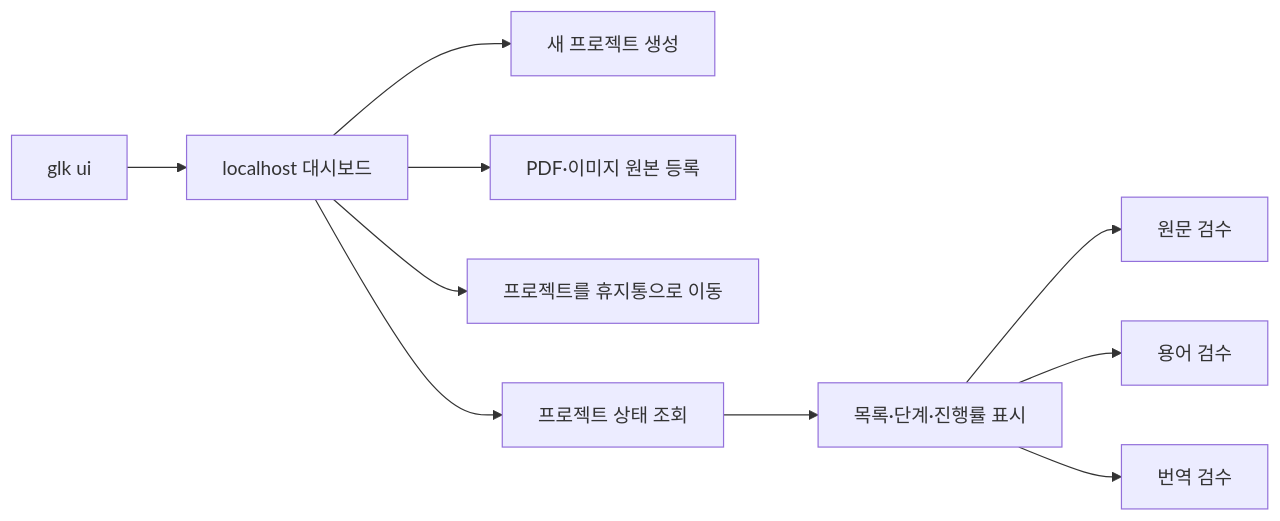
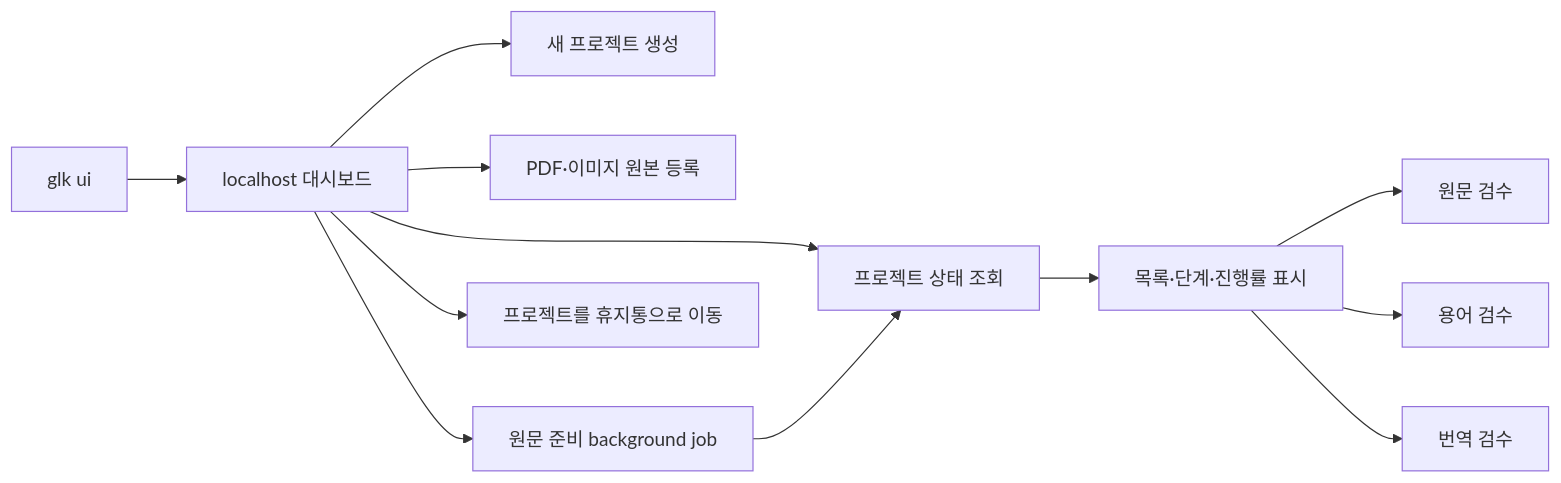
One commit to JJUN777/game-localization-kit changed the diagram in DASHBOARD_WORK_HISTORY.md. Above: the diagram before and after it, drawn with Mermaid. The commit also changed other lines of this file and 18 other files, not shown here.

````diff
--- a/DASHBOARD_WORK_HISTORY.md
+++ b/DASHBOARD_WORK_HISTORY.md
@@ -13,12 +13,14 @@
 ```mermaid
 flowchart LR
     CLI[glk ui] --> DASH[localhost 대시보드]
     DASH --> CREATE[새 프로젝트 생성]
     DASH --> REGISTER[PDF·이미지 원본 등록]
+    DASH --> JOB[원문 준비 background job]
     DASH --> DELETE[프로젝트를 휴지통으로 이동]
     DASH --> SNAPSHOT[프로젝트 상태 조회]
+    JOB --> SNAPSHOT
     SNAPSHOT --> CARDS[목록·단계·진행률 표시]
     CARDS --> SOURCE[원문 검수]
     CARDS --> GLOSSARY[용어 검수]
     CARDS --> TRANS[번역 검수]
 ```
````
